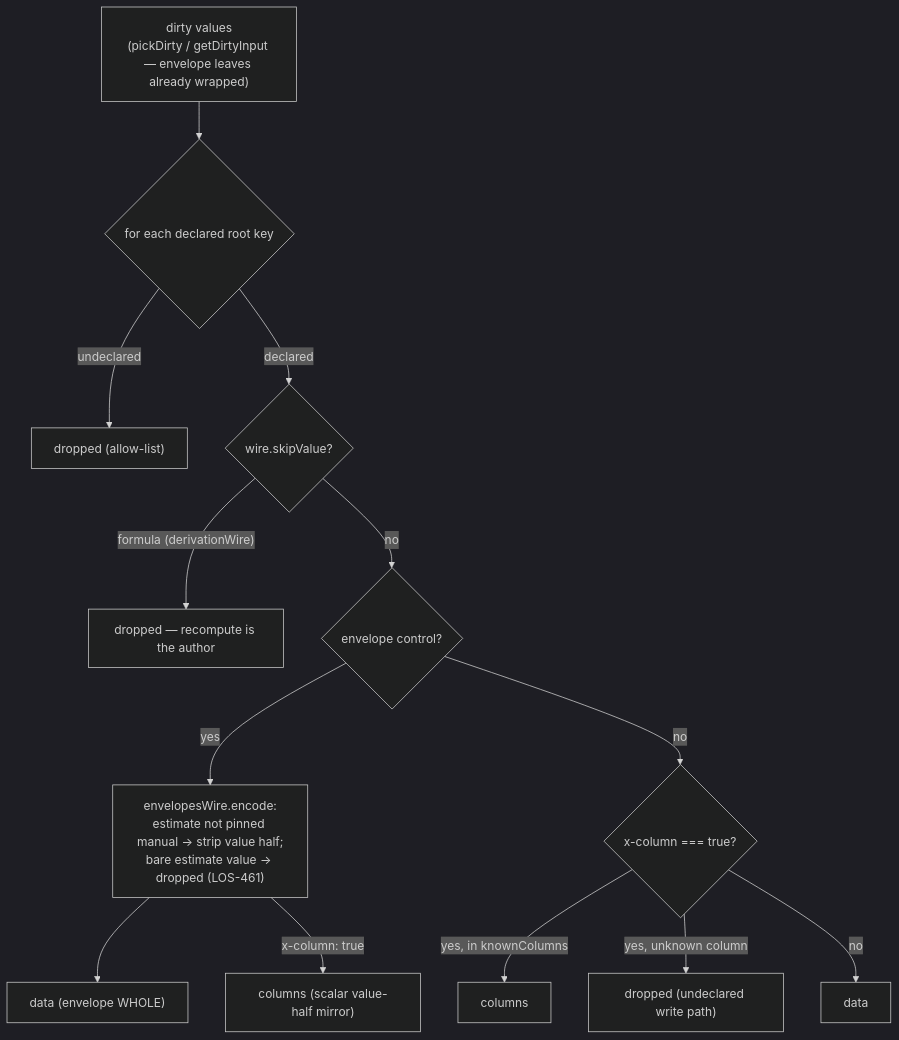
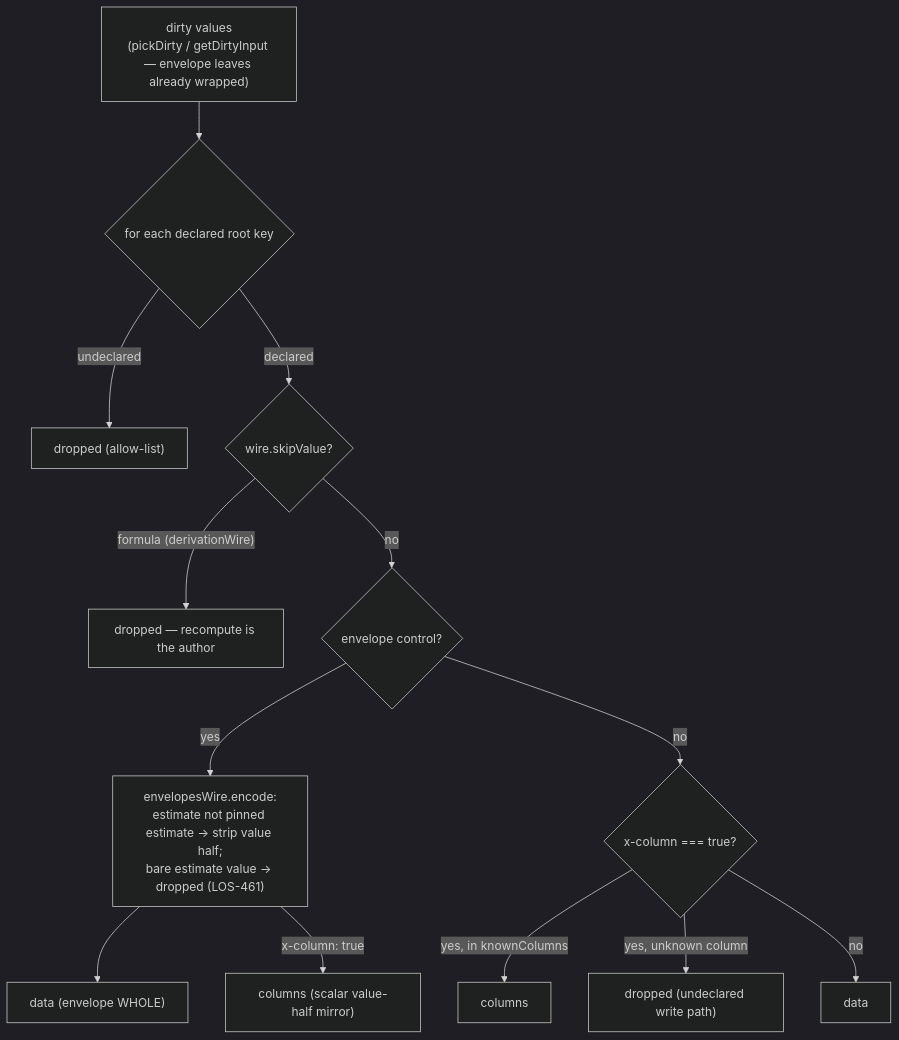
One commit to andrew310/jsonisch changed the diagram in docs/wire-shapes.md. Above: the diagram before and after it, drawn with Mermaid (dark theme). The commit also changed other lines of this file and 17 other files, not shown here.

````diff
--- a/docs/wire-shapes.md
+++ b/docs/wire-shapes.md
@@ -30,15 +36,15 @@
 ```mermaid
 flowchart TD
   D["dirty values<br/>(pickDirty / getDirtyInput — envelope leaves already wrapped)"] --> K{"for each declared root key"}
   K -- undeclared --> DROP["dropped (allow-list)"]
   K -- declared --> SKIP{"wire.skipValue?"}
   SKIP -- "formula (derivationWire)" --> DROP2["dropped — recompute is the author"]
   SKIP -- no --> ENV{"envelope control?"}
-  ENV -- yes --> NORM["envelopesWire.encode:<br/>estimate not pinned manual → strip value half;<br/>bare estimate value → dropped (LOS-461)"]
+  ENV -- yes --> NORM["envelopesWire.encode:<br/>estimate not pinned estimate → strip value half;<br/>bare estimate value → dropped (LOS-461)"]
   NORM --> BAG["data (envelope WHOLE)"]
   NORM -- "x-column: true" --> MIRROR["columns (scalar value-half mirror)"]
   ENV -- no --> COL{"x-column === true?"}
   COL -- "yes, in knownColumns" --> C["columns"]
   COL -- "yes, unknown column" --> DROP3["dropped (undeclared write path)"]
   COL -- no --> BAG2["data"]
 ```
````
